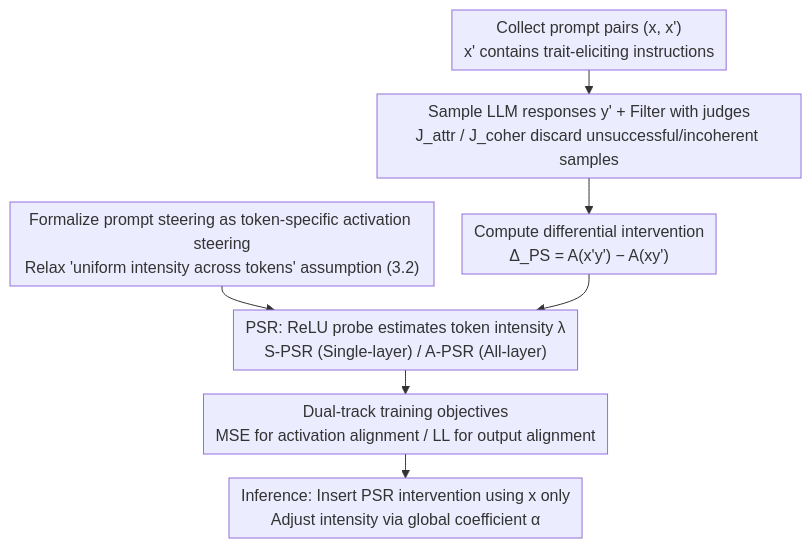
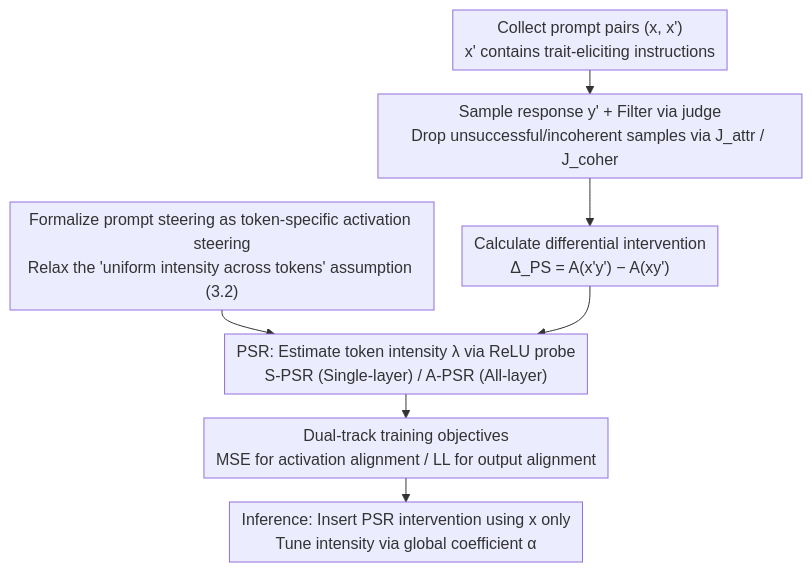
One commit to zhaoyang97/Paper-Notes-en changed the diagram in docs/ICML2026/interpretability/steer_like_the_llm_activation_steering_that_mimics_prompting.md. Above: the diagram before and after it, drawn with Mermaid. The commit also changed other lines of this file and 5084 other files, not shown here.

````diff
--- a/docs/ICML2026/interpretability/steer_like_the_llm_activation_steering_that_mimics_prompting.md
+++ b/docs/ICML2026/interpretability/steer_like_the_llm_activation_steering_that_mimics_prompting.md
@@ -46,17 +46,17 @@
 ```mermaid
 %%{init: {'flowchart': {'rankSpacing': 24, 'nodeSpacing': 28, 'padding': 6, 'wrappingWidth': 400}}}%%
 flowchart TD
-    F["Formalize prompt steering as token-specific activation steering<br/>Relax 'uniform intensity across tokens' assumption (3.2)"]
+    F["Formalize prompt steering as token-specific activation steering<br/>Relax the 'uniform intensity across tokens' assumption (3.2)"]
     A["Collect prompt pairs (x, x')<br/>x' contains trait-eliciting instructions"]
-    B["Sample LLM responses y' + Filter with judges<br/>J_attr / J_coher discard unsuccessful/incoherent samples"]
-    C["Compute differential intervention<br/>Δ_PS = A(x'y') − A(xy')"]
-    D["PSR: ReLU probe estimates token intensity λ<br/>S-PSR (Single-layer) / A-PSR (All-layer)"]
+    B["Sample response y' + Filter via judge<br/>Drop unsuccessful/incoherent samples via J_attr / J_coher"]
+    C["Calculate differential intervention<br/>Δ_PS = A(x'y') − A(xy')"]
+    D["PSR: Estimate token intensity λ via ReLU probe<br/>S-PSR (Single-layer) / A-PSR (All-layer)"]
     E["Dual-track training objectives<br/>MSE for activation alignment / LL for output alignment"]
-    G["Inference: Insert PSR intervention using x only<br/>Adjust intensity via global coefficient α"]
+    G["Inference: Insert PSR intervention using x only<br/>Tune intensity via global coefficient α"]
     F --> D
     A --> B
     B --> C
     C --> D
     D --> E
     E --> G
 ```
````
